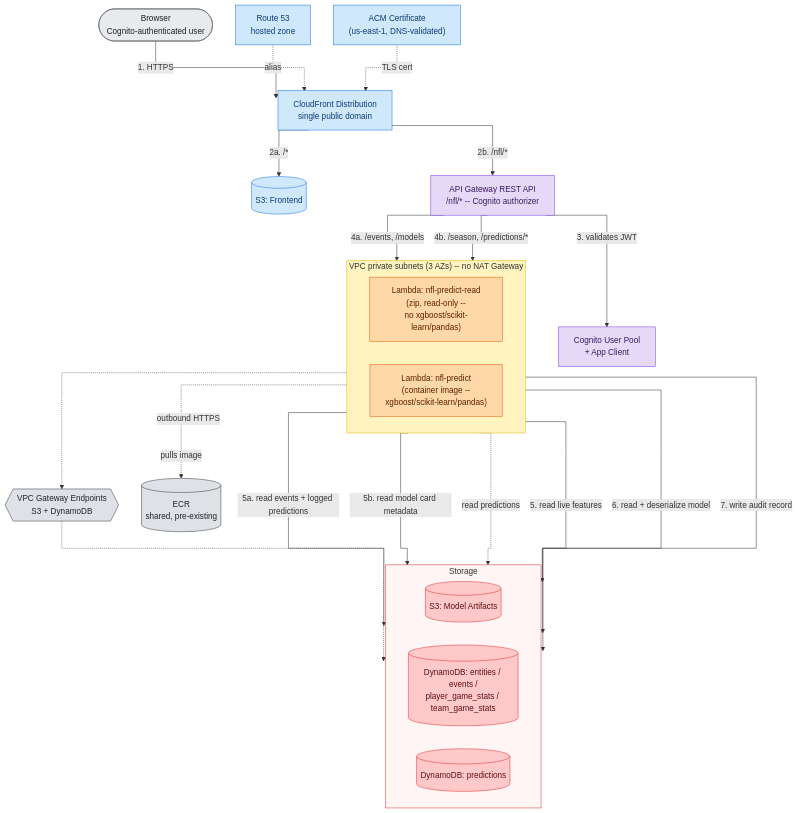
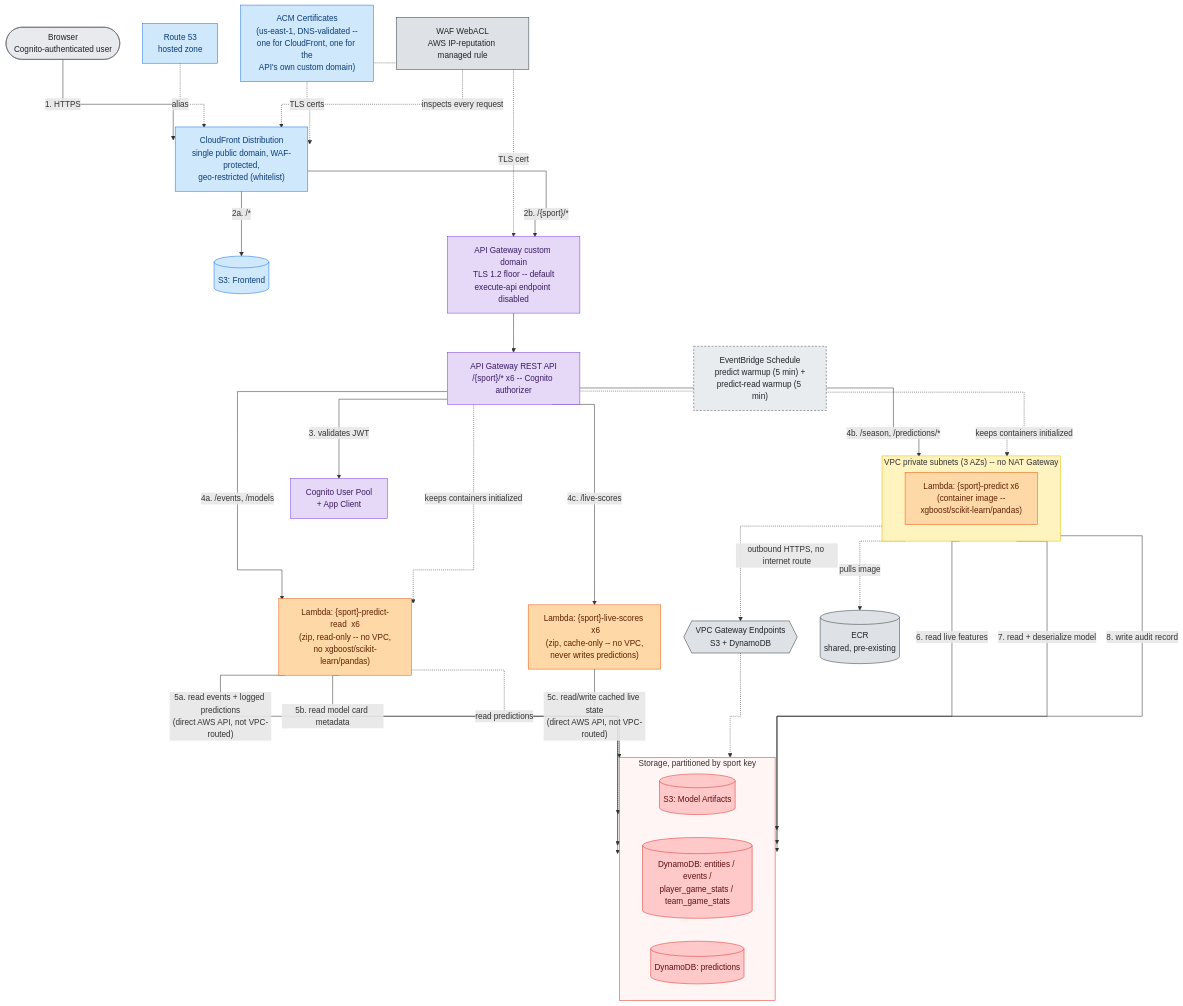
One commit to Programming-For-the-Community/sports-predictor changed the diagram in design/AWS_ARCHITECTURE.mmd. Above: the diagram before and after it, drawn with Mermaid. The commit also changed 20 other files, not shown here.

```diff
--- a/design/AWS_ARCHITECTURE.mmd
+++ b/design/AWS_ARCHITECTURE.mmd
@@ -1,69 +1,85 @@
 %%{init: {'flowchart': {'curve': 'stepAfter', 'nodeSpacing': 45, 'rankSpacing': 65}}}%%
-%% sports-predictor -- client request path (NFL, Phase 1). Companion
-%% diagram design/AWS_ARCHITECTURE_PIPELINE.mmd covers scheduled
-%% ingestion/backfill/training. See docs/AWS_ARCHITECTURE.md for the full
-%% walkthrough and legend -- this file is the single source of truth for
-%% this diagram; the doc links here and embeds a generated image rather
-%% than duplicating this source (regenerate the image after editing this
-%% file -- see the doc's own comment for the exact command).
+%% sports-predictor -- client request path, all 6 sports (NFL, NCAA FB, NBA,
+%% NCAA MBB, PGA Tour, F1 -- every sport runs this exact same shape, so
+%% per-sport Lambdas are drawn once per TYPE with a "x6" annotation rather
+%% than 18 near-identical nodes). Companion diagrams:
+%% design/AWS_ARCHITECTURE_PIPELINE.mmd (scheduled ingestion/training),
+%% design/AWS_ARCHITECTURE_OBSERVABILITY.mmd (dashboards/alarms/tracing).
+%% See docs/AWS_ARCHITECTURE.md for the full walkthrough and legend -- this
+%% file is the single source of truth for this diagram; the doc links here
+%% and embeds a generated image rather than duplicating this source
+%% (regenerate the image after editing this file -- see the doc's own
+%% comment for the exact command).
 %% Solid arrows = data flow / invocation. Dotted arrows = supporting,
 %% non-data-flow dependency (TLS cert, container image pull, VPC endpoint
-%% path). Arrows are numbered 1-7 in request order.
+%% path, warmup ping). Arrows are numbered 1-8 in request order.
 flowchart TD
     BROWSER(["Browser<br/>Cognito-authenticated user"])
     R53["Route 53<br/>hosted zone"]
-    ACM["ACM Certificate<br/>(us-east-1, DNS-validated)"]
-    CF["CloudFront Distribution<br/>single public domain"]
+    ACM["ACM Certificates<br/>(us-east-1, DNS-validated --<br/>one for CloudFront, one for the<br/>API's own custom domain)"]
+    WAF["WAF WebACL<br/>AWS IP-reputation managed rule"]
+    CF["CloudFront Distribution<br/>single public domain, WAF-protected,<br/>geo-restricted (whitelist)"]
     S3FE[("S3: Frontend")]
-    APIGW["API Gateway REST API<br/>/nfl/* -- Cognito authorizer"]
+    APIDOMAIN["API Gateway custom domain<br/>TLS 1.2 floor -- default<br/>execute-api endpoint disabled"]
+    APIGW["API Gateway REST API<br/>/{sport}/* x6 -- Cognito authorizer"]
     COGNITO["Cognito User Pool<br/>+ App Client"]
+    WARMUP["EventBridge Schedule<br/>predict warmup (5 min) +<br/>predict-read warmup (5 min)"]
 
     subgraph VPCBox["VPC private subnets (3 AZs) -- no NAT Gateway"]
         direction LR
-        PREDICTREAD["Lambda: nfl-predict-read<br/>(zip, read-only --<br/>no xgboost/scikit-learn/pandas)"]
-        PREDICT["Lambda: nfl-predict<br/>(container image --<br/>xgboost/scikit-learn/pandas)"]
+        PREDICT["Lambda: {sport}-predict  x6<br/>(container image --<br/>xgboost/scikit-learn/pandas)"]
     end
+    PREDICTREAD["Lambda: {sport}-predict-read  x6<br/>(zip, read-only -- no VPC,<br/>no xgboost/scikit-learn/pandas)"]
+    LIVESCORES["Lambda: {sport}-live-scores  x6<br/>(zip, cache-only -- no VPC,<br/>never writes predictions)"]
     GWEP{{"VPC Gateway Endpoints<br/>S3 + DynamoDB"}}
     ECR[("ECR<br/>shared, pre-existing")]
 
-    subgraph StorageBox["Storage"]
+    subgraph StorageBox["Storage, partitioned by sport key"]
         direction LR
         S3MODEL[("S3: Model Artifacts")]
         DDBCORE[("DynamoDB: entities / events /<br/>player_game_stats / team_game_stats")]
         DDBPRED[("DynamoDB: predictions")]
     end
 
     BROWSER -->|"1. HTTPS"| CF
     R53 -.->|"alias"| CF
-    ACM -.->|"TLS cert"| CF
+    ACM -.->|"TLS certs"| CF
+    ACM -.->|"TLS cert"| APIDOMAIN
+    WAF -.->|"inspects every request"| CF
     CF -->|"2a. /*"| S3FE
-    CF -->|"2b. /nfl/*"| APIGW
+    CF -->|"2b. /{sport}/*"| APIDOMAIN --> APIGW
     APIGW -->|"3. validates JWT"| COGNITO
     APIGW -->|"4a. /events, /models"| PREDICTREAD
     APIGW -->|"4b. /season, /predictions/*"| PREDICT
-    VPCBox -.->|"outbound HTTPS"| GWEP
+    APIGW -->|"4c. /live-scores"| LIVESCORES
+    WARMUP -.->|"keeps containers initialized"| PREDICT
+    WARMUP -.->|"keeps containers initialized"| PREDICTREAD
+    VPCBox -.->|"outbound HTTPS, no internet route"| GWEP
     GWEP -.-> StorageBox
-    PREDICTREAD -->|"5a. read events + logged predictions"| DDBCORE
+    PREDICTREAD -->|"5a. read events + logged predictions<br/>(direct AWS API, not VPC-routed)"| DDBCORE
     PREDICTREAD -->|"5b. read model card metadata"| S3MODEL
     PREDICTREAD -.->|"read predictions"| DDBPRED
-    PREDICT -->|"5. read live features"| DDBCORE
-    PREDICT -->|"6. read + deserialize model"| S3MODEL
-    PREDICT -->|"7. write audit record"| DDBPRED
+    LIVESCORES -->|"5c. read/write cached live state<br/>(direct AWS API, not VPC-routed)"| DDBCORE
+    PREDICT -->|"6. read live features"| DDBCORE
+    PREDICT -->|"7. read + deserialize model"| S3MODEL
+    PREDICT -->|"8. write audit record"| DDBPRED
     PREDICT -.->|"pulls image"| ECR
 
     classDef client fill:#e8eaed,stroke:#5f6368,color:#202124;
     classDef edge fill:#cfe8fc,stroke:#1a73e8,color:#0b3d78;
     classDef auth fill:#e6d9f7,stroke:#7b3fe4,color:#3a1a63;
     classDef servingCompute fill:#ffd8a8,stroke:#e8590c,color:#5c2200;
     classDef storage fill:#ffc9c9,stroke:#e03131,color:#5c1111;
     classDef external fill:#dee2e6,stroke:#343a40,color:#212529;
+    classDef schedule fill:#e9ecef,stroke:#495057,color:#212529,stroke-dasharray: 4 3;
 
     class BROWSER client;
-    class ECR,GWEP external;
+    class ECR,GWEP,WAF external;
     class R53,ACM,CF,S3FE edge;
-    class APIGW,COGNITO auth;
-    class PREDICT,PREDICTREAD servingCompute;
+    class APIDOMAIN,APIGW,COGNITO auth;
+    class PREDICT,PREDICTREAD,LIVESCORES servingCompute;
     class S3MODEL,DDBCORE,DDBPRED storage;
+    class WARMUP schedule;
 
     style VPCBox fill:#fff3bf,stroke:#e8b800
     style StorageBox fill:#fff5f5,stroke:#e03131
```
